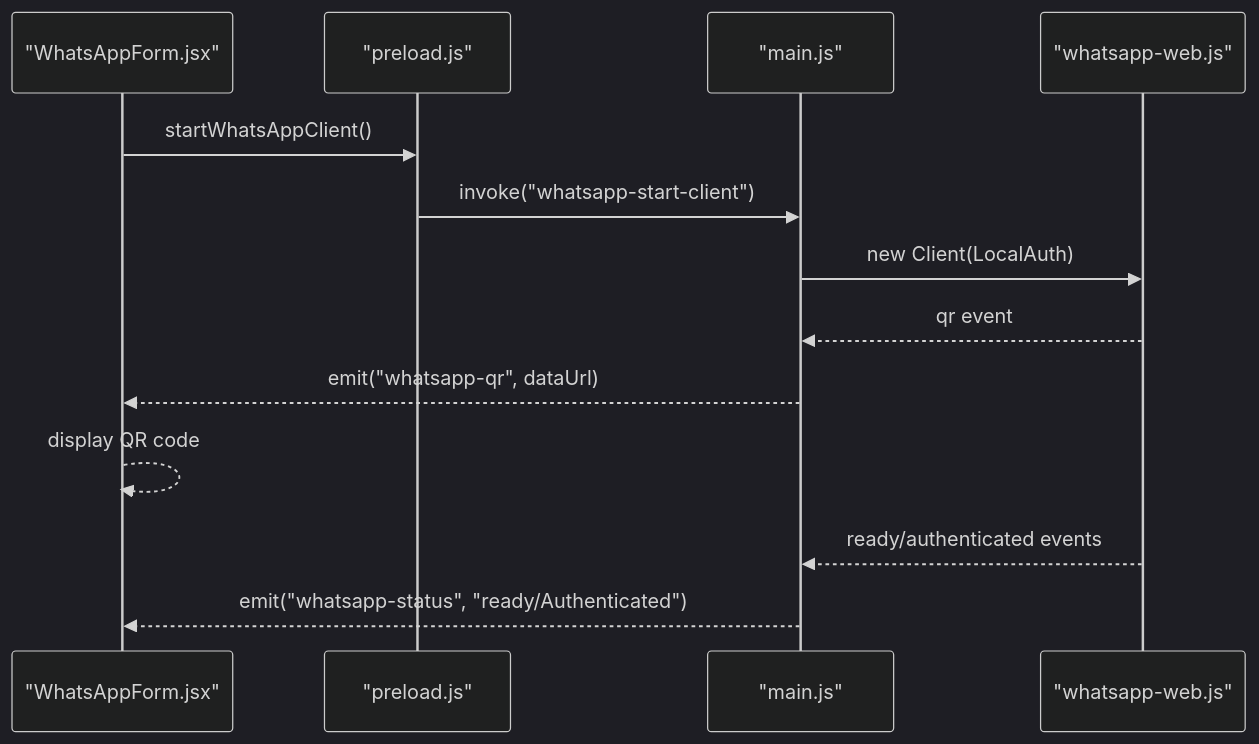
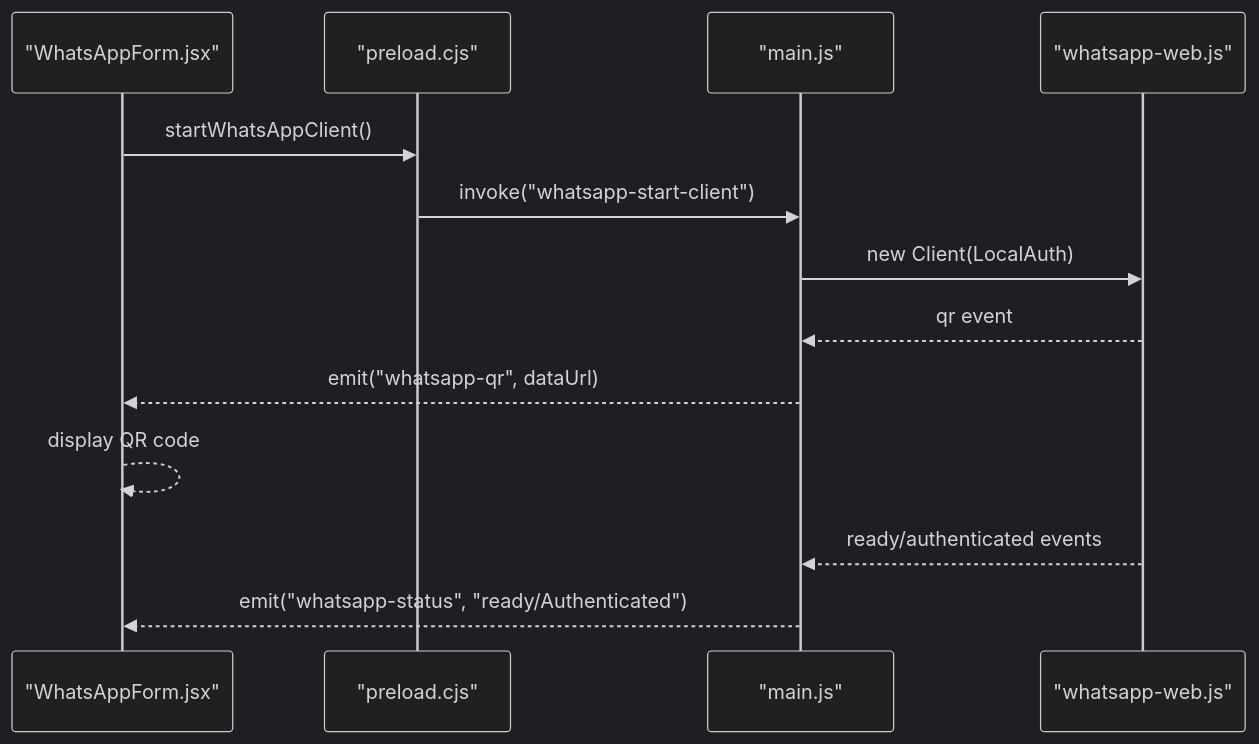
The first of 5 diagrams in src/data/docs/bulk-messaging-system/Getting Started.md (tashifkhan/tashif.codes), drawn with Mermaid (dark theme) before and after one commit. The commit also changed other lines of this file and 2128 other files, not shown here.

First line of the commit message:
docs: replace raster diagram images with native Mermaid across project guides

````diff
--- a/src/data/docs/bulk-messaging-system/Getting Started.md
+++ b/src/data/docs/bulk-messaging-system/Getting Started.md
@@ -68,15 +75,15 @@
 ```mermaid
 sequenceDiagram
 participant UI as "WhatsAppForm.jsx"
-participant Preload as "preload.js"
+participant Preload as "preload.cjs"
 participant Main as "main.js"
 participant WA as "whatsapp-web.js"
 UI->>Preload : startWhatsAppClient()
 Preload->>Main : invoke("whatsapp-start-client")
 Main->>WA : new Client(LocalAuth)
 WA-->>Main : qr event
 Main-->>UI : emit("whatsapp-qr", dataUrl)
 UI-->>UI : display QR code
 WA-->>Main : ready/authenticated events
 Main-->>UI : emit("whatsapp-status", "ready/Authenticated")
 ```
````
